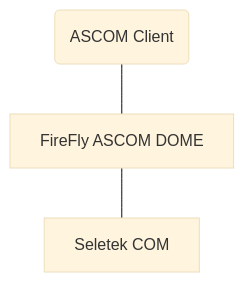
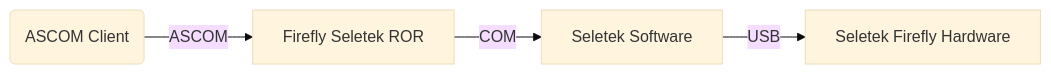
One commit to photon1503/SeletekROR changed the second of 2 diagrams in readme.md. Above: the diagram before and after it, drawn with Mermaid (base theme). The commit also changed other lines of this file, not shown here.

````diff
--- a/readme.md
+++ b/readme.md
@@ -23,6 +33,7 @@
 ```mermaid
-flowchart
+flowchart LR
     n1("ASCOM Client")
-	n1 --- n2["FireFly ASCOM DOME"]
-	n2 --- n3["Seletek COM"]
+	n1 -->|ASCOM|n2["Firefly Seletek ROR"]
+	n2 -->|COM|n3["Seletek Software"]
+    n3 -->|USB|n4["Seletek Firefly Hardware"]
 ```
````
